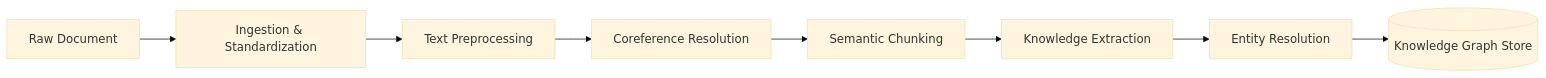
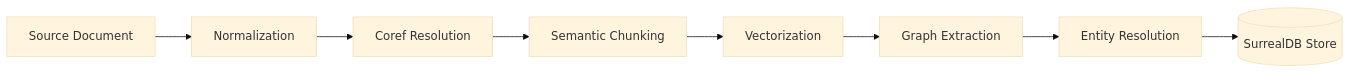
Before and after one commit to foersben/CodaCite: the diagram in docs/data_pipeline.md, drawn with Mermaid (base theme). The commit also changed other lines of this file and 21 other files, not shown here.

````diff
--- a/docs/data_pipeline.md
+++ b/docs/data_pipeline.md
@@ -36,10 +48,10 @@
 ```mermaid
 graph LR
-    DOC[Raw Document] --> INGEST[Ingestion & Standardization]
-    INGEST --> PREPROC[Text Preprocessing]
-    PREPROC --> CORE[Coreference Resolution]
-    CORE --> CHUNK[Semantic Chunking]
-    CHUNK --> EXTRACT[Knowledge Extraction]
-    EXTRACT --> RESOLVE[Entity Resolution]
-    RESOLVE --> STORE[(Knowledge Graph Store)]
+    DOC[Source Document] --> NORM[Normalization]
+    NORM --> COREF[Coref Resolution]
+    COREF --> SEM[Semantic Chunking]
+    SEM --> VEC[Vectorization]
+    VEC --> KG[Graph Extraction]
+    KG --> RES[Entity Resolution]
+    RES --> DB[(SurrealDB Store)]
 ```
````
